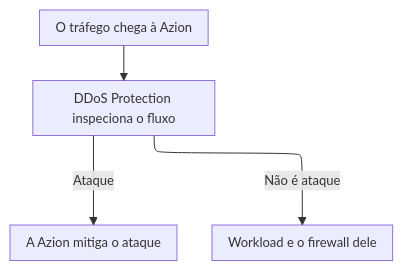
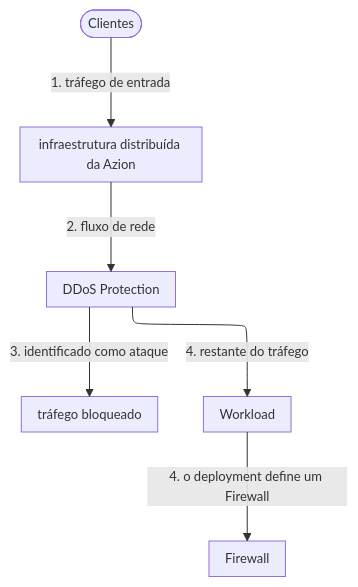
One commit to aziontech/docs changed the fifth of 5 diagrams in apps/docs/src/content/docs/pt-br/pages/secure/workloads/como-funciona.mdx. Above: the diagram before and after it, drawn with Mermaid. The commit also changed other lines of this file and 76 other files, not shown here.

````diff
--- a/apps/docs/src/content/docs/pt-br/pages/secure/workloads/como-funciona.mdx
+++ b/apps/docs/src/content/docs/pt-br/pages/secure/workloads/como-funciona.mdx
@@ -199,7 +296,15 @@
 ```mermaid
-%%{init: {"layout": "elk", "themeVariables": {"fontSize": "13px"}, "flowchart": {"nodeSpacing": 24, "rankSpacing": 36, "padding": 8, "wrappingWidth": 150, "useMaxWidth": true}, "sequence": {"width": 120, "actorMargin": 30, "useMaxWidth": true}}}%%
+%%{init: {"layout": "elk", "elk": {"preset": "modelOrder", "keepEntryNodeOnTop": true}, "themeVariables": {"fontSize": "13px"}, "flowchart": {"nodeSpacing": 24, "rankSpacing": 36, "padding": 8, "wrappingWidth": 150, "useMaxWidth": true}, "sequence": {"width": 120, "actorMargin": 30, "useMaxWidth": true}}}%%
 flowchart TD
-  In["O tráfego chega à Azion"] --> Inspect["DDoS Protection inspeciona o fluxo"]
-  Inspect -->|"Ataque"| Mitigate["A Azion mitiga o ataque"]
-  Inspect -->|"Não é ataque"| Workload["Workload e o firewall dele"]
+  Clients(["Clientes"])
+  Infra["infraestrutura distribuída da Azion"]
+  DDoS["DDoS Protection"]
+  Mit["tráfego bloqueado"]
+  WL["Workload"]
+  FW["Firewall"]
+  Clients -->|"1. tráfego de entrada"| Infra
+  Infra -->|"2. fluxo de rede"| DDoS
+  DDoS -->|"3. identificado como ataque"| Mit
+  DDoS -->|"4. restante do tráfego"| WL
+  WL -->|"4. o deployment define um Firewall"| FW
 ```
````
